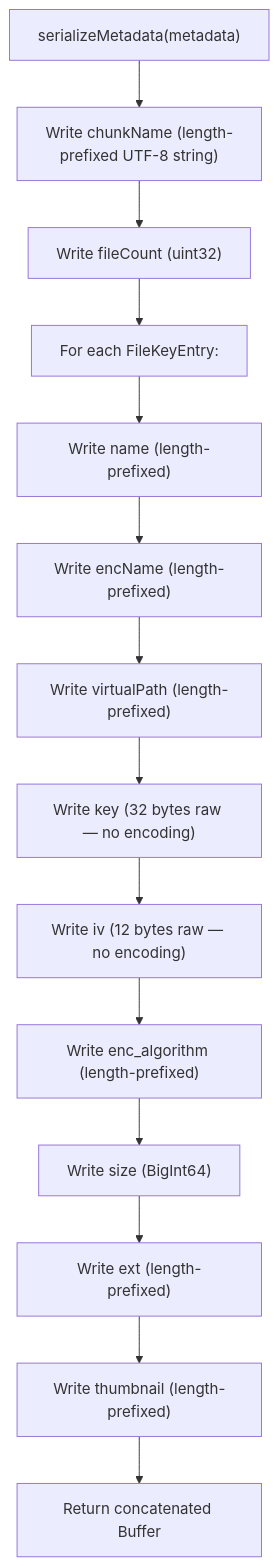
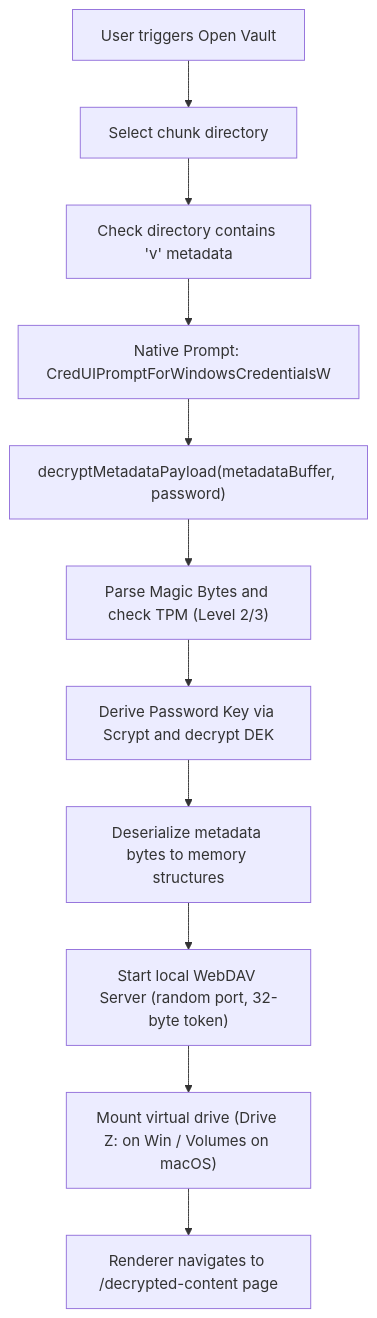
Before and after one commit to shawkath646/bedrock-vault: the sixth of 9 diagrams in docs/FULL_SYSTEM_FLOW.md, drawn with Mermaid. The commit also changed other lines of this file and 4 other files, not shown here.

````diff
--- a/docs/FULL_SYSTEM_FLOW.md
+++ b/docs/FULL_SYSTEM_FLOW.md
@@ -402,16 +349,13 @@
 ```mermaid
 flowchart TD
-    A["serializeMetadata(metadata)"] --> B["Write chunkName (length-prefixed UTF-8 string)"]
-    B --> C["Write fileCount (uint32)"]
-    C --> D["For each FileKeyEntry:"]
-    D --> E["Write name (length-prefixed)"]
-    E --> F["Write encName (length-prefixed)"]
-    F --> G["Write virtualPath (length-prefixed)"]
-    G --> H["Write key (32 bytes raw — no encoding)"]
-    H --> I["Write iv (12 bytes raw — no encoding)"]
-    I --> J["Write enc_algorithm (length-prefixed)"]
-    J --> K["Write size (BigInt64)"]
-    K --> L["Write ext (length-prefixed)"]
-    L --> M["Write thumbnail (length-prefixed)"]
-    M --> N["Return concatenated Buffer"]
+    A["User triggers Open Vault"] --> B["Select chunk directory"]
+    B --> C["Check directory contains 'v' metadata"]
+    C --> D["Native Prompt: CredUIPromptForWindowsCredentialsW"]
+    D --> E["decryptMetadataPayload(metadataBuffer, password)"]
+    E --> F["Parse Magic Bytes and check TPM (Level 2/3)"]
+    F --> G["Derive Password Key via Scrypt and decrypt DEK"]
+    G --> H["Deserialize metadata bytes to memory structures"]
+    H --> I["Start local WebDAV Server (random port, 32-byte token)"]
+    I --> J["Mount virtual drive (Drive Z: on Win / Volumes on macOS)"]
+    J --> K["Renderer navigates to /decrypted-content page"]
 ```
````
